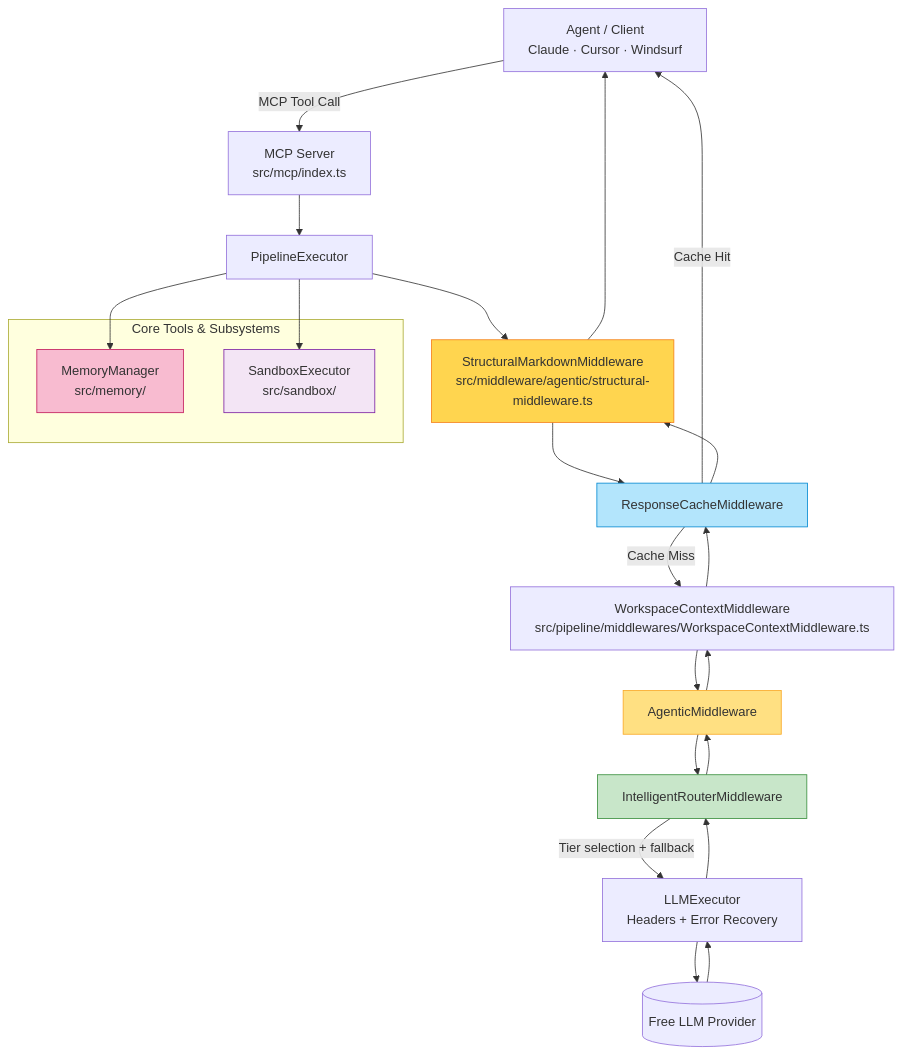
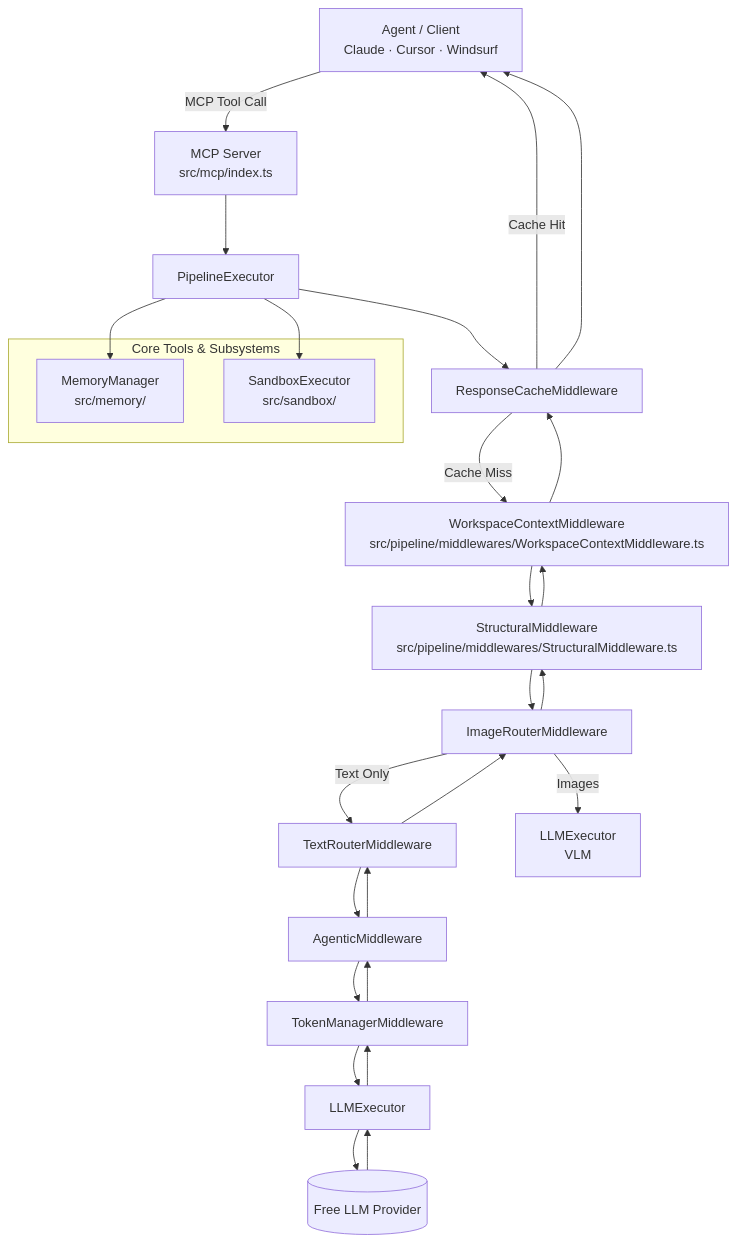
Before and after one commit to djmahe4/awesome-free-llm-apis: the diagram in mcp-server/README.md, drawn with Mermaid. The commit also changed other lines of this file and 8 other files, not shown here.

````diff
--- a/mcp-server/README.md
+++ b/mcp-server/README.md
@@ -9,31 +9,27 @@
 ```mermaid
 graph TD
     A[Agent / Client<br/>Claude · Cursor · Windsurf] -->|MCP Tool Call| B[MCP Server<br/>src/mcp/index.ts]
     B --> C[PipelineExecutor]
     
     subgraph "Core Tools & Subsystems"
         J[MemoryManager<br/>src/memory/]
         K[SandboxExecutor<br/>src/sandbox/]
     end
 
-    C --> D[StructuralMarkdownMiddleware<br/>src/middleware/agentic/structural-middleware.ts]
-    D --> E[ResponseCacheMiddleware]
-    E -->|Cache Miss| L[WorkspaceContextMiddleware<br/>src/pipeline/middlewares/WorkspaceContextMiddleware.ts]
-    L --> F[AgenticMiddleware]
-    F --> G[IntelligentRouterMiddleware]
-    G -->|Tier selection + fallback| H[LLMExecutor<br/>Headers + Error Recovery]
-    H --> I[(Free LLM Provider)]
+    C --> D[ResponseCacheMiddleware]
+    D -->|Cache Miss| E[WorkspaceContextMiddleware<br/>src/pipeline/middlewares/WorkspaceContextMiddleware.ts]
+    E --> F[StructuralMiddleware<br/>src/pipeline/middlewares/StructuralMiddleware.ts]
+    F --> G[ImageRouterMiddleware]
+    G -->|Text Only| H[TextRouterMiddleware]
+    G -->|Images| I[LLMExecutor<br/>VLM]
+    H --> J1[AgenticMiddleware]
+    J1 --> K1[TokenManagerMiddleware]
+    K1 --> L1[LLMExecutor]
+    L1 --> M1[(Free LLM Provider)]
 
     C --> J
     C --> K
     
-    E -->|Cache Hit| A
-    I --> H --> G --> F --> L --> E --> D --> A
-
-    style D fill:#ffd54f,stroke:#f57f17
-    style F fill:#ffe082,stroke:#f9a825
-    style E fill:#b3e5fc,stroke:#0288d1
-    style G fill:#c8e6c9,stroke:#388e3c
-    style J fill:#f8bbd0,stroke:#c2185b
-    style K fill:#f3e5f5,stroke:#7b1fa2
+    D -->|Cache Hit| A
+    M1 --> L1 --> K1 --> J1 --> H --> G --> F --> E --> D --> A
 ```
````
